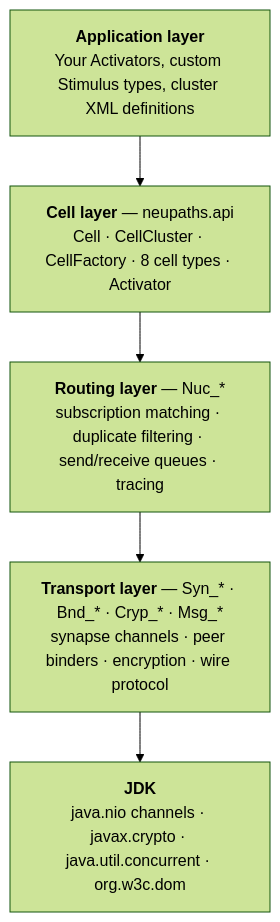
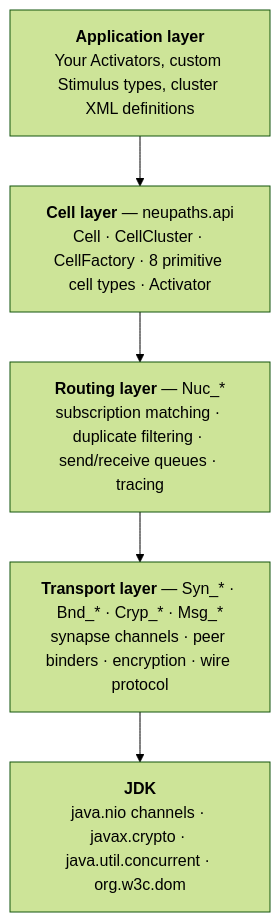
One commit to commence-software/NeuPaths2 changed the third of 4 diagrams in documents/design/01-architecture.md. Above: the diagram before and after it, drawn with Mermaid (forest theme). The commit also changed other lines of this file and 9 other files, not shown here.

````diff
--- a/documents/design/01-architecture.md
+++ b/documents/design/01-architecture.md
@@ -97,9 +98,9 @@
 ```mermaid
 flowchart TB
     L4["<b>Application layer</b><br/>Your Activators, custom Stimulus types, cluster XML definitions"]
-    L3["<b>Cell layer</b> — neupaths.api<br/>Cell · CellCluster · CellFactory · 8 cell types · Activator"]
+    L3["<b>Cell layer</b> — neupaths.api<br/>Cell · CellCluster · CellFactory · 8 primitive cell types · Activator"]
     L2["<b>Routing layer</b> — Nuc_*<br/>subscription matching · duplicate filtering · send/receive queues · tracing"]
     L1["<b>Transport layer</b> — Syn_* · Bnd_* · Cryp_* · Msg_*<br/>synapse channels · peer binders · encryption · wire protocol"]
     L0["<b>JDK</b><br/>java.nio channels · javax.crypto · java.util.concurrent · org.w3c.dom"]
     L4 --> L3 --> L2 --> L1 --> L0
 ```
````
